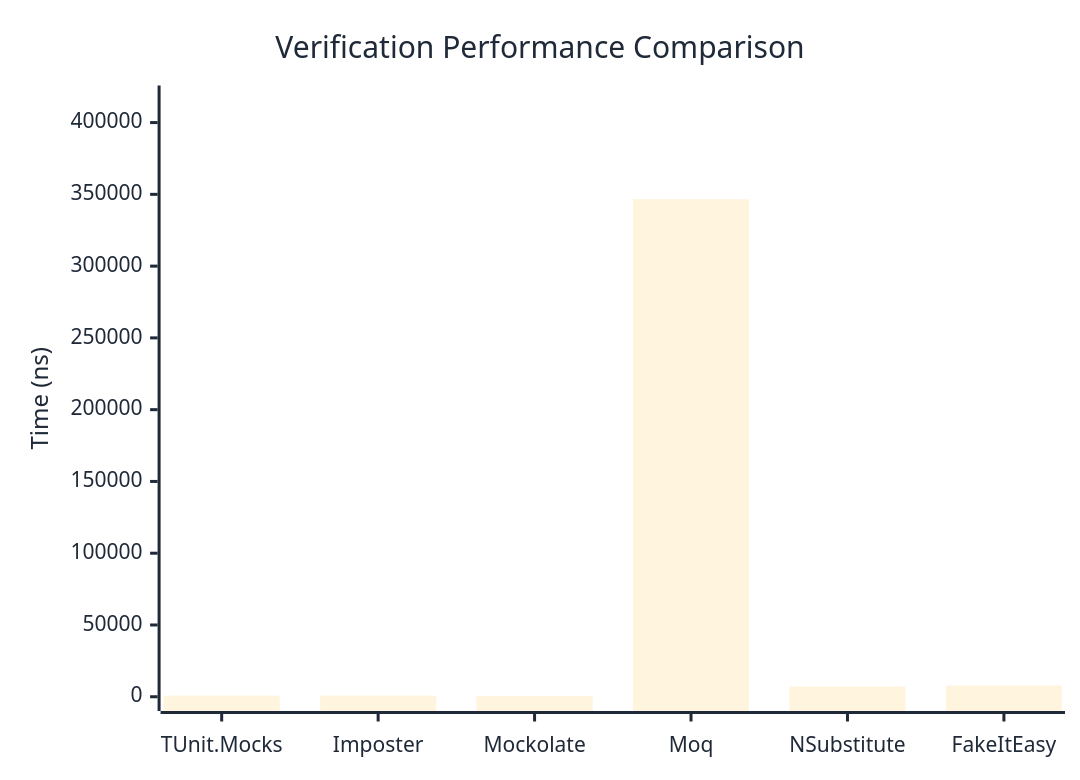
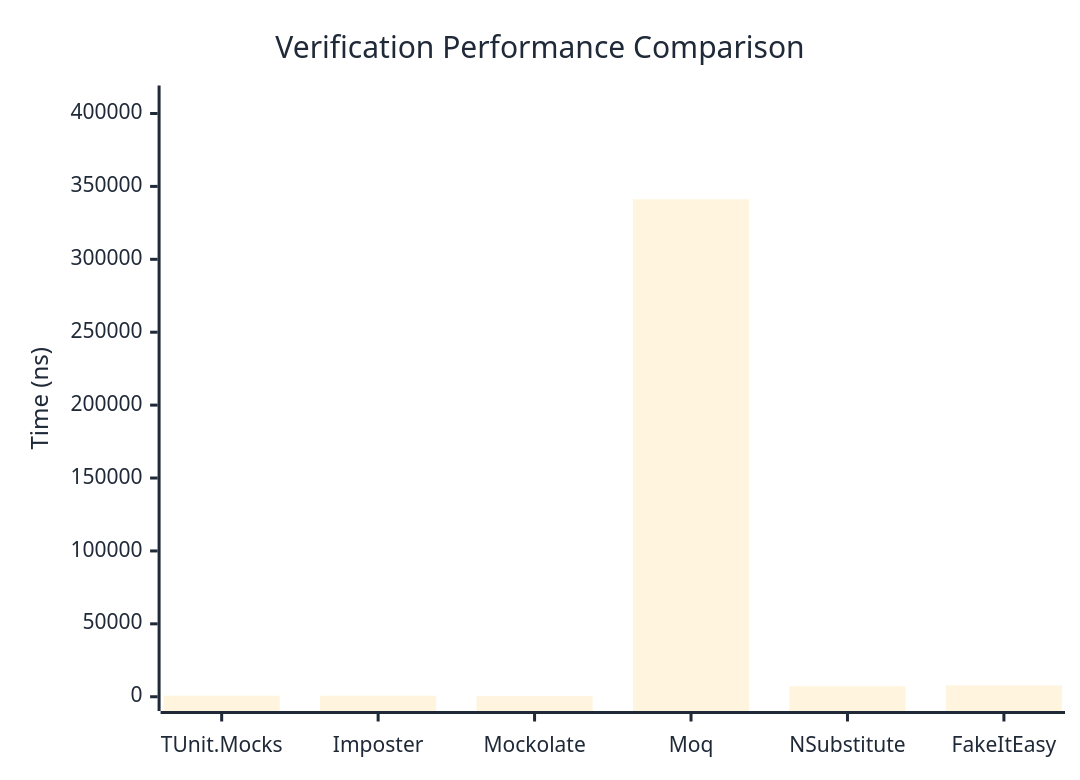
One commit to thomhurst/TUnit changed the first of 3 diagrams in docs/docs/benchmarks/mocks/Verification.md. Above: the diagram before and after it, drawn with Mermaid. The commit also changed other lines of this file and 14 other files, not shown here.

````diff
--- a/docs/docs/benchmarks/mocks/Verification.md
+++ b/docs/docs/benchmarks/mocks/Verification.md
@@ -30,27 +30,27 @@
 ```mermaid
 %%{init: {
   'theme':'base',
   'themeVariables': {
     'primaryColor': '#2563eb',
     'primaryTextColor': '#1f2937',
     'primaryBorderColor': '#1e40af',
     'lineColor': '#6b7280',
     'secondaryColor': '#7c3aed',
     'tertiaryColor': '#dc2626',
     'background': '#ffffff',
     'pie1': '#2563eb',
     'pie2': '#7c3aed',
     'pie3': '#dc2626',
     'pie4': '#f59e0b',
     'pie5': '#10b981',
     'pie6': '#06b6d4',
     'pie7': '#ec4899',
     'pie8': '#6366f1'
   }
 }}%%
 xychart-beta
   title "Verification Performance Comparison"
   x-axis ["TUnit.Mocks", "Imposter", "Mockolate", "Moq", "NSubstitute", "FakeItEasy"]
-  y-axis "Time (ns)" 0 --> 415902
-  bar [773.58, 793.41, 450.72, 346584.41, 7139.03, 7779.33]
+  y-axis "Time (ns)" 0 --> 409424
+  bar [739.21, 691.43, 412.27, 341185.9, 7174.78, 7726.8]
 ```
````
